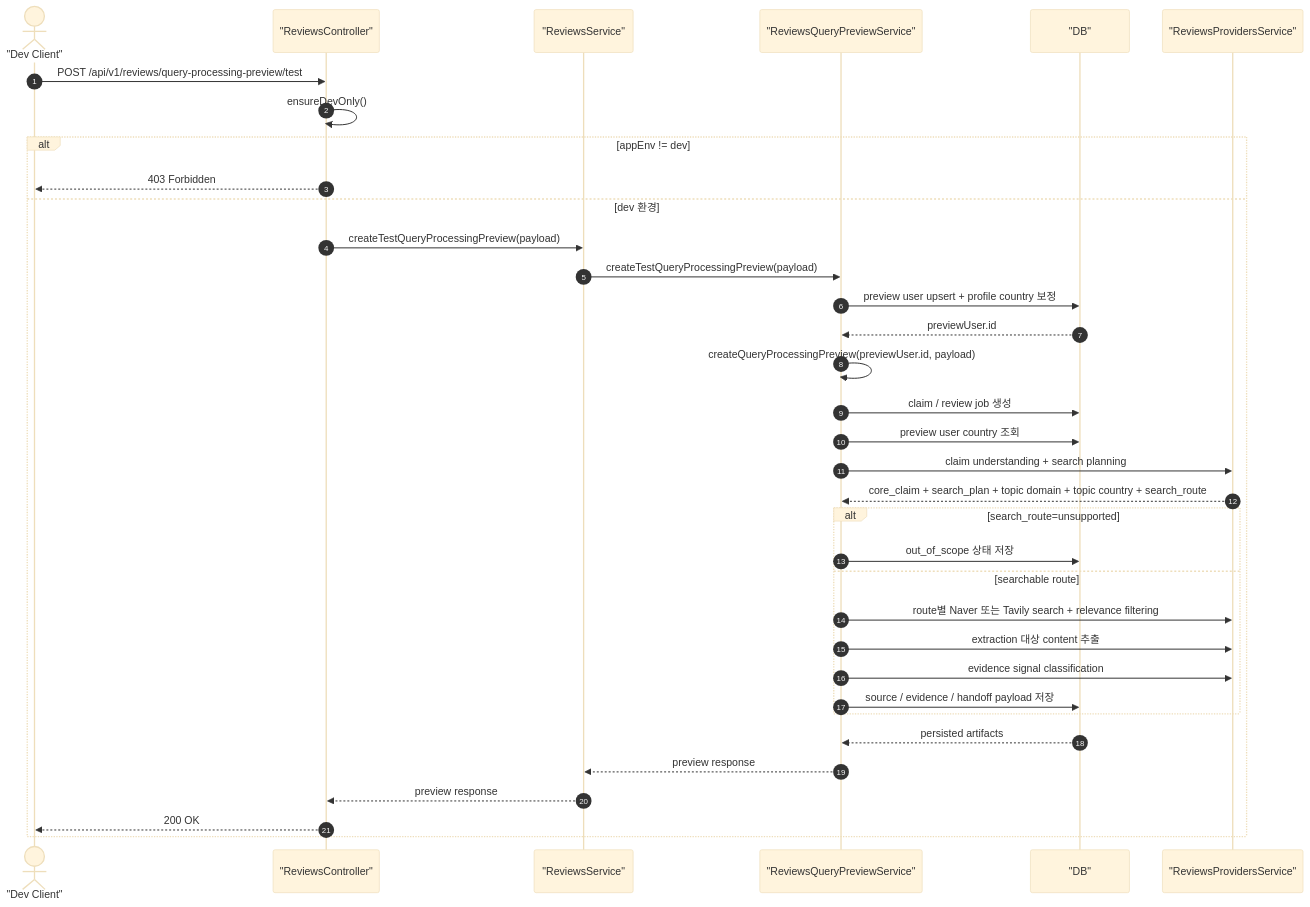
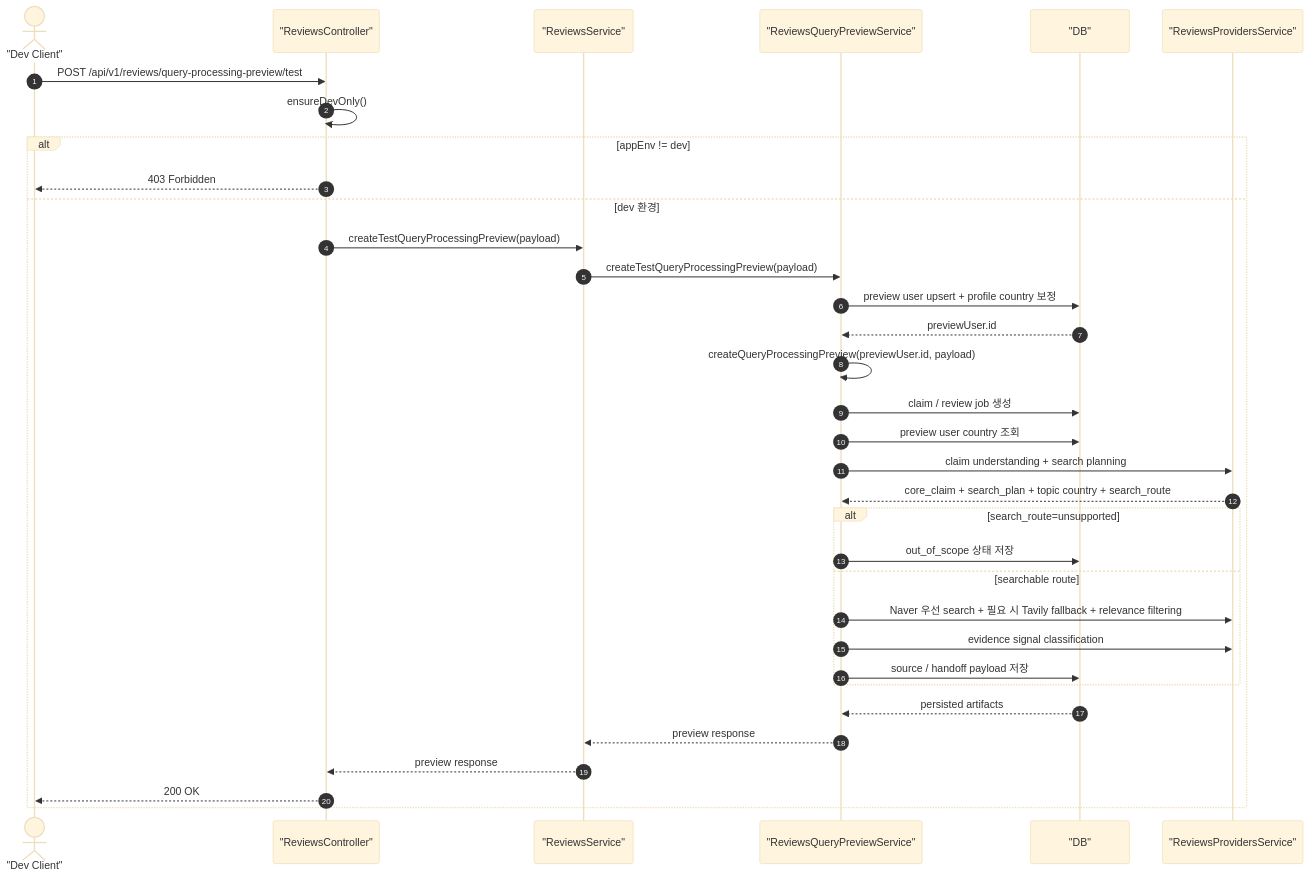
One commit to dyjeong576/varo changed the second of 2 diagrams in docs/review-query-processing.md. Above: the diagram before and after it, drawn with Mermaid (base theme). The commit also changed other lines of this file and 17 other files, not shown here.

````diff
--- a/docs/review-query-processing.md
+++ b/docs/review-query-processing.md
@@ -229,39 +221,38 @@
 ```mermaid
 sequenceDiagram
     autonumber
     actor DevClient as "Dev Client"
     participant Controller as "ReviewsController"
     participant ReviewsService as "ReviewsService"
     participant QueryPreviewService as "ReviewsQueryPreviewService"
     participant DB as "DB"
     participant Providers as "ReviewsProvidersService"
 
     DevClient->>Controller: POST /api/v1/reviews/query-processing-preview/test
     Controller->>Controller: ensureDevOnly()
 
     alt appEnv != dev
         Controller-->>DevClient: 403 Forbidden
     else dev 환경
         Controller->>ReviewsService: createTestQueryProcessingPreview(payload)
         ReviewsService->>QueryPreviewService: createTestQueryProcessingPreview(payload)
         QueryPreviewService->>DB: preview user upsert + profile country 보정
         DB-->>QueryPreviewService: previewUser.id
         QueryPreviewService->>QueryPreviewService: createQueryProcessingPreview(previewUser.id, payload)
         QueryPreviewService->>DB: claim / review job 생성
         QueryPreviewService->>DB: preview user country 조회
         QueryPreviewService->>Providers: claim understanding + search planning
-        Providers-->>QueryPreviewService: core_claim + search_plan + topic domain + topic country + search_route
+        Providers-->>QueryPreviewService: core_claim + search_plan + topic country + search_route
         alt search_route=unsupported
             QueryPreviewService->>DB: out_of_scope 상태 저장
         else searchable route
-            QueryPreviewService->>Providers: route별 Naver 또는 Tavily search + relevance filtering
-            QueryPreviewService->>Providers: extraction 대상 content 추출
+            QueryPreviewService->>Providers: Naver 우선 search + 필요 시 Tavily fallback + relevance filtering
             QueryPreviewService->>Providers: evidence signal classification
-            QueryPreviewService->>DB: source / evidence / handoff payload 저장
+            QueryPreviewService->>DB: source / handoff payload 저장
         end
         DB-->>QueryPreviewService: persisted artifacts
         QueryPreviewService-->>ReviewsService: preview response
         ReviewsService-->>Controller: preview response
         Controller-->>DevClient: 200 OK
     end
 ```
````
